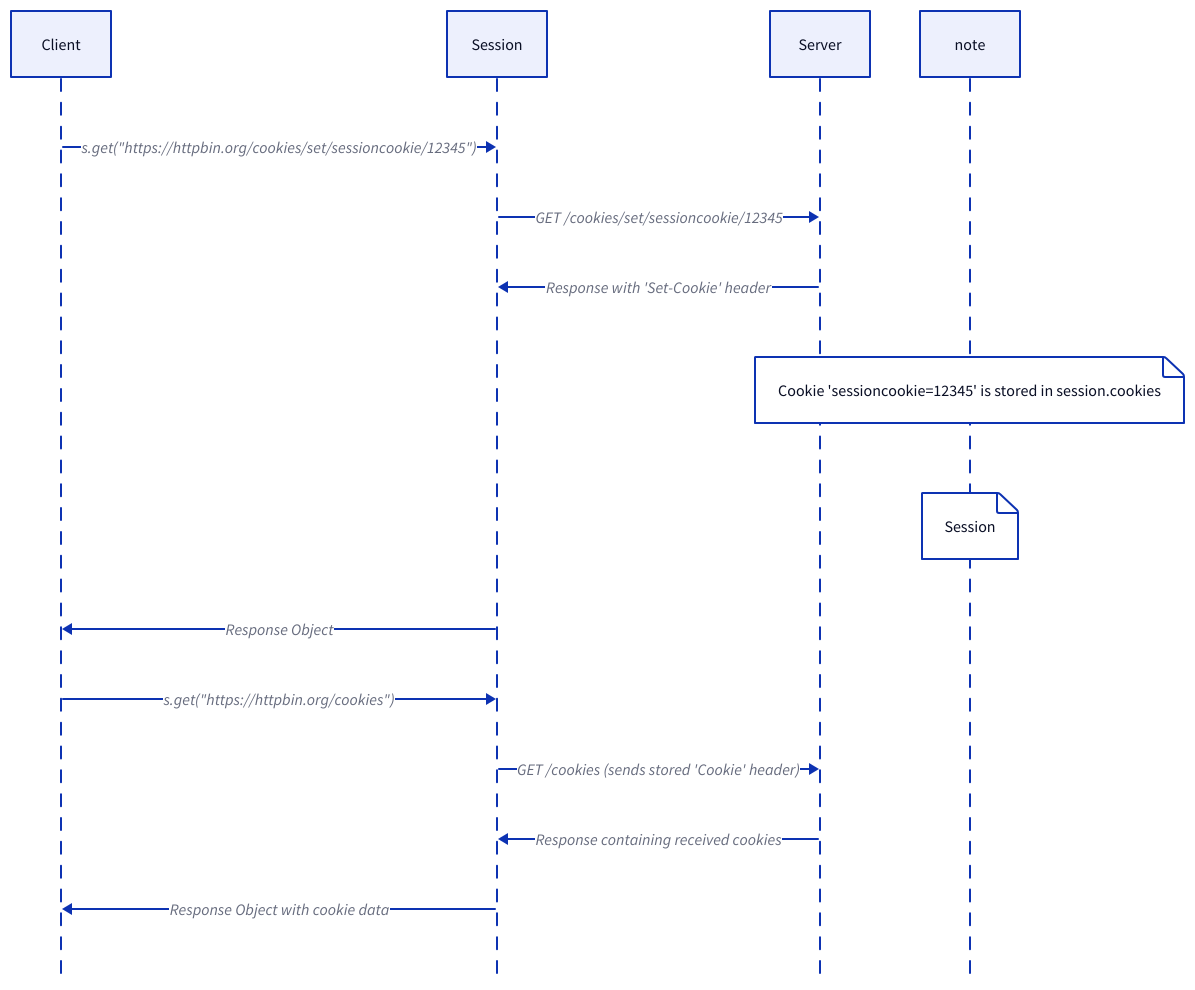
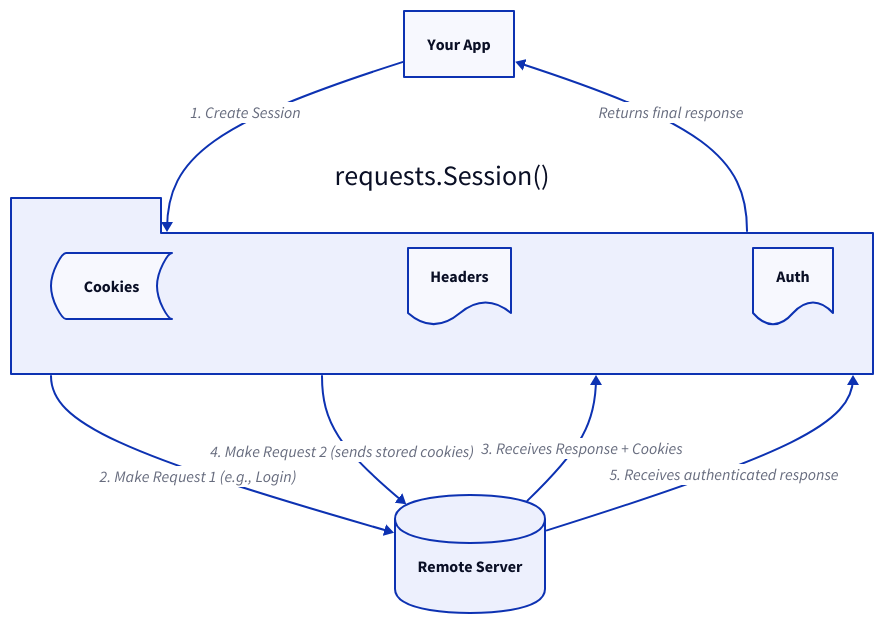
The diagram in .aigne/doc-smith/docs/user-guide-session-objects.md (lban2049/requests), drawn with D2 before and after one commit. The commit also changed other lines of this file and 32 other files, not shown here.

````diff
--- a/.aigne/doc-smith/docs/user-guide-session-objects.md
+++ b/.aigne/doc-smith/docs/user-guide-session-objects.md
@@ -29,21 +54,26 @@
 ```d2
-shape: sequence_diagram
+direction: down
 
-Client
-Session
-Server
+"Your App": {
+  shape: rectangle
+}
 
-Client -> Session: s.get("https://httpbin.org/cookies/set/sessioncookie/12345")
-Session -> Server: "GET /cookies/set/sessioncookie/12345"
-Server -> Session: "Response with 'Set-Cookie' header"
-note: {
-  "Cookie 'sessioncookie=12345' is stored in session.cookies"
-  target: Session
+"requests.Session()": {
+  shape: package
+  "Cookies": { shape: stored_data }
+  "Headers": { shape: document }
+  "Auth": { shape: document }
 }
-Session -> Client: "Response Object"
 
-Client -> Session: s.get("https://httpbin.org/cookies")
-Session -> Server: "GET /cookies (sends stored 'Cookie' header)"
-Server -> Session: "Response containing received cookies"
-Session -> Client: "Response Object with cookie data"
+"Remote Server": {
+  shape: cylinder
+}
+
+"Your App" -> "requests.Session()": "1. Create Session"
+"requests.Session()" -> "Remote Server": "2. Make Request 1 (e.g., Login)"
+"Remote Server" -> "requests.Session()": "3. Receives Response + Cookies"
+"requests.Session()" -> "Remote Server": "4. Make Request 2 (sends stored cookies)"
+"Remote Server" -> "requests.Session()": "5. Receives authenticated response"
+"requests.Session()" -> "Your App": "Returns final response"
+
 ```
````
